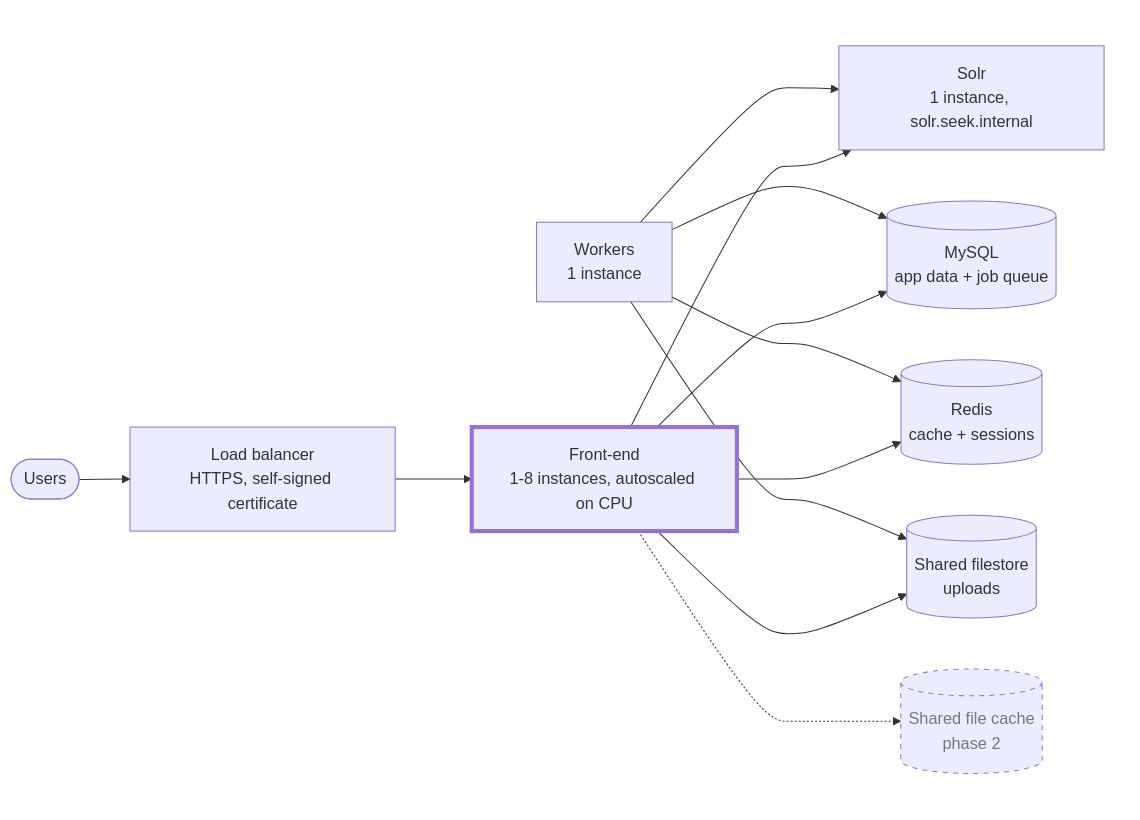
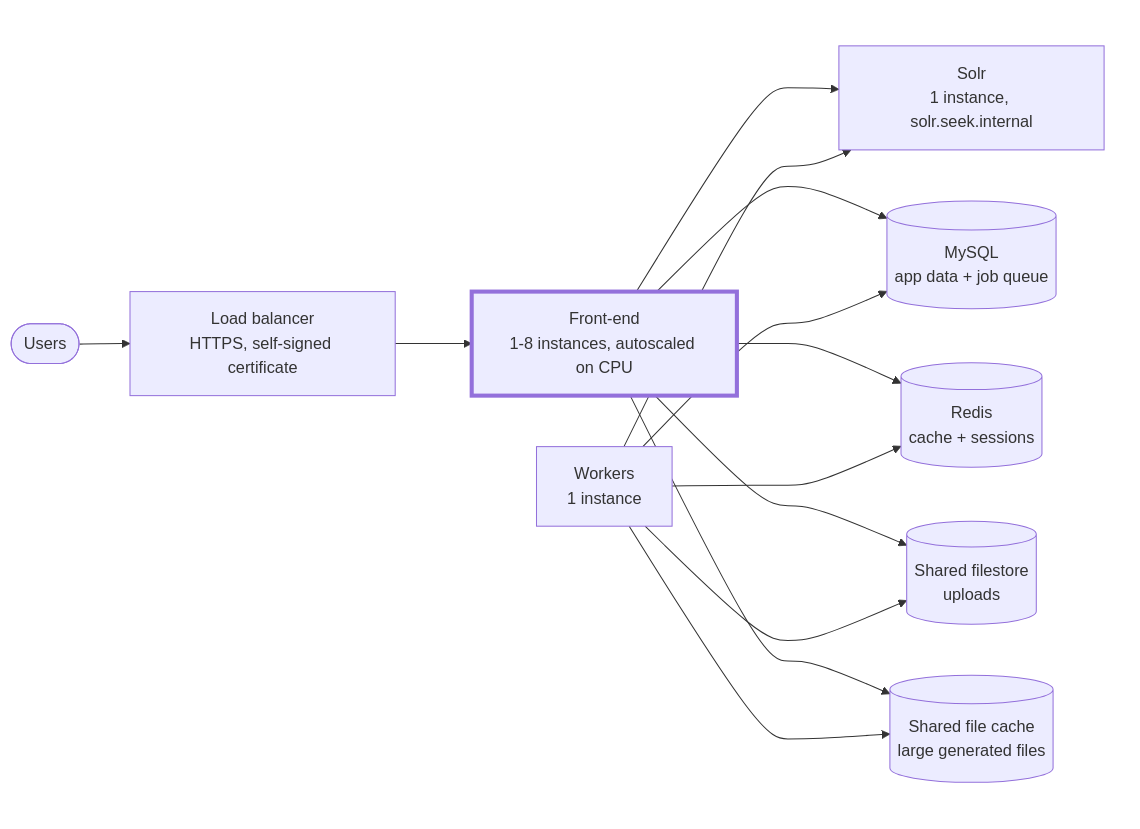
The first of 5 diagrams in docs/pulumi-architecture.md (seek4science/seek), drawn with Mermaid before and after one commit. The commit also changed other lines of this file and 5 other files, not shown here.

````diff
--- a/docs/pulumi-architecture.md
+++ b/docs/pulumi-architecture.md
@@ -21,29 +21,27 @@
 ```mermaid
 flowchart LR
     users(["Users"])
     alb["Load balancer<br/>HTTPS, self-signed certificate"]
 
     subgraph app[" "]
         web["Front-end<br/>1-8 instances, autoscaled on CPU"]
         workers["Workers<br/>1 instance"]
     end
 
     subgraph backing[" "]
         solr["Solr<br/>1 instance, solr.seek.internal"]
         db[("MySQL<br/>app data + job queue")]
         redis[("Redis<br/>cache + sessions")]
         files[("Shared filestore<br/>uploads")]
-        cache[("Shared file cache<br/>phase 2")]
+        cache[("Shared file cache<br/>large generated files")]
     end
 
     users --> alb --> web
-    web & workers --> solr & db & redis & files
-    web -.-> cache
+    web & workers --> solr & db & redis & files & cache
 
     classDef multi stroke-width:4px
     classDef planned stroke-dasharray:5 5,color:#777
     classDef bare fill:none,stroke:none
     class web multi
-    class cache planned
     class app,backing bare
 ```
````
